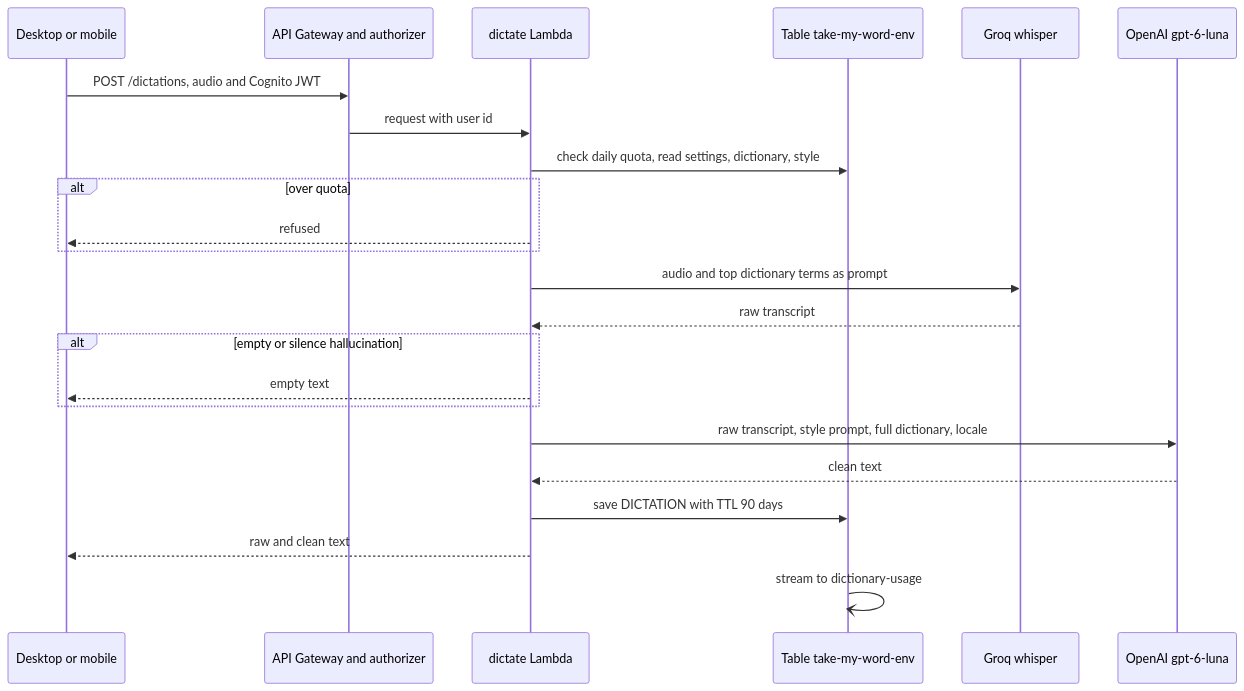
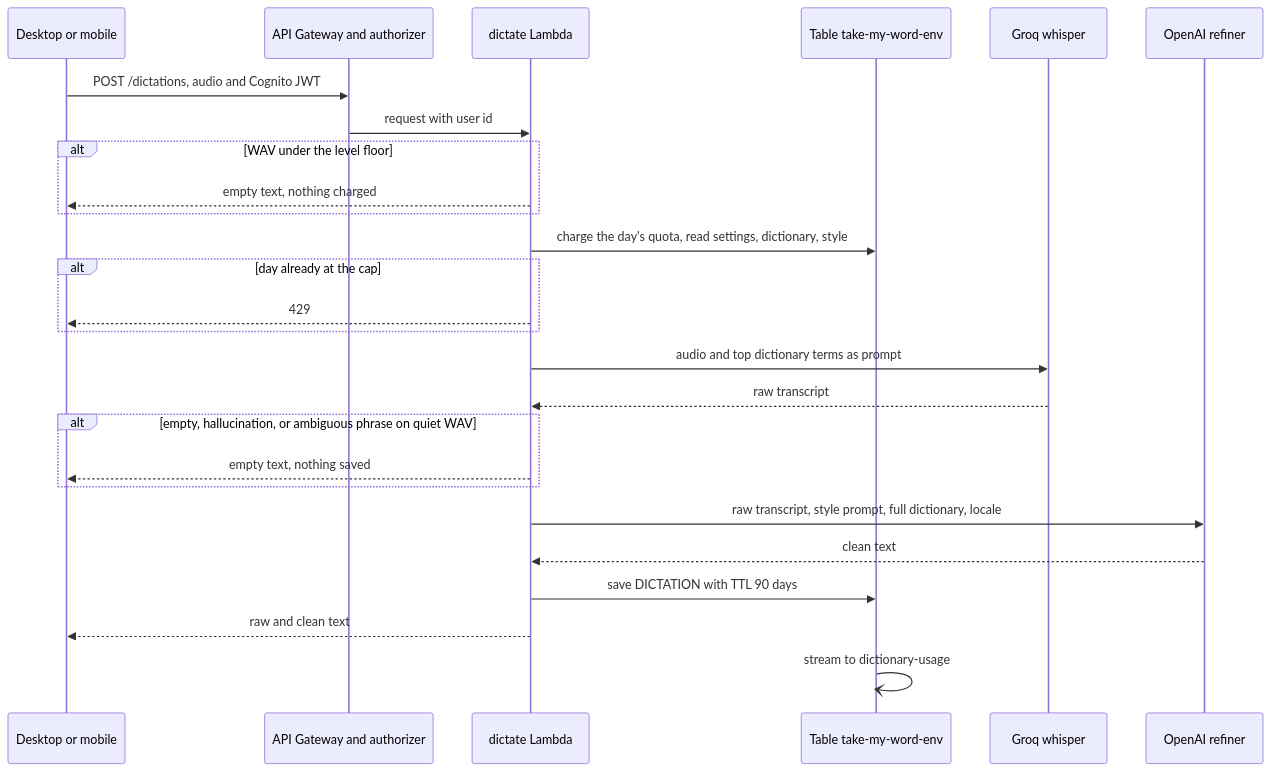
Before and after one commit to sebasfles/take-my-word: the diagram in docs/modules/dictation/flows.md, drawn with Mermaid. The commit also changed other lines of this file and 16 other files, not shown here.

````diff
--- a/docs/modules/dictation/flows.md
+++ b/docs/modules/dictation/flows.md
@@ -14,25 +14,28 @@
 ```mermaid
 sequenceDiagram
   participant C as Desktop or mobile
   participant G as API Gateway and authorizer
   participant D as dictate Lambda
   participant T as Table take-my-word-env
   participant S as Groq whisper
-  participant R as OpenAI gpt-6-luna
+  participant R as OpenAI refiner
   C->>G: POST /dictations, audio and Cognito JWT
   G->>D: request with user id
-  D->>T: check daily quota, read settings, dictionary, style
-  alt over quota
-    D-->>C: refused
+  alt WAV under the level floor
+    D-->>C: empty text, nothing charged
+  end
+  D->>T: charge the day's quota, read settings, dictionary, style
+  alt day already at the cap
+    D-->>C: 429
   end
   D->>S: audio and top dictionary terms as prompt
   S-->>D: raw transcript
-  alt empty or silence hallucination
-    D-->>C: empty text
+  alt empty, hallucination, or ambiguous phrase on quiet WAV
+    D-->>C: empty text, nothing saved
   end
   D->>R: raw transcript, style prompt, full dictionary, locale
   R-->>D: clean text
   D->>T: save DICTATION with TTL 90 days
   D-->>C: raw and clean text
   T-)T: stream to dictionary-usage
 ```
````
